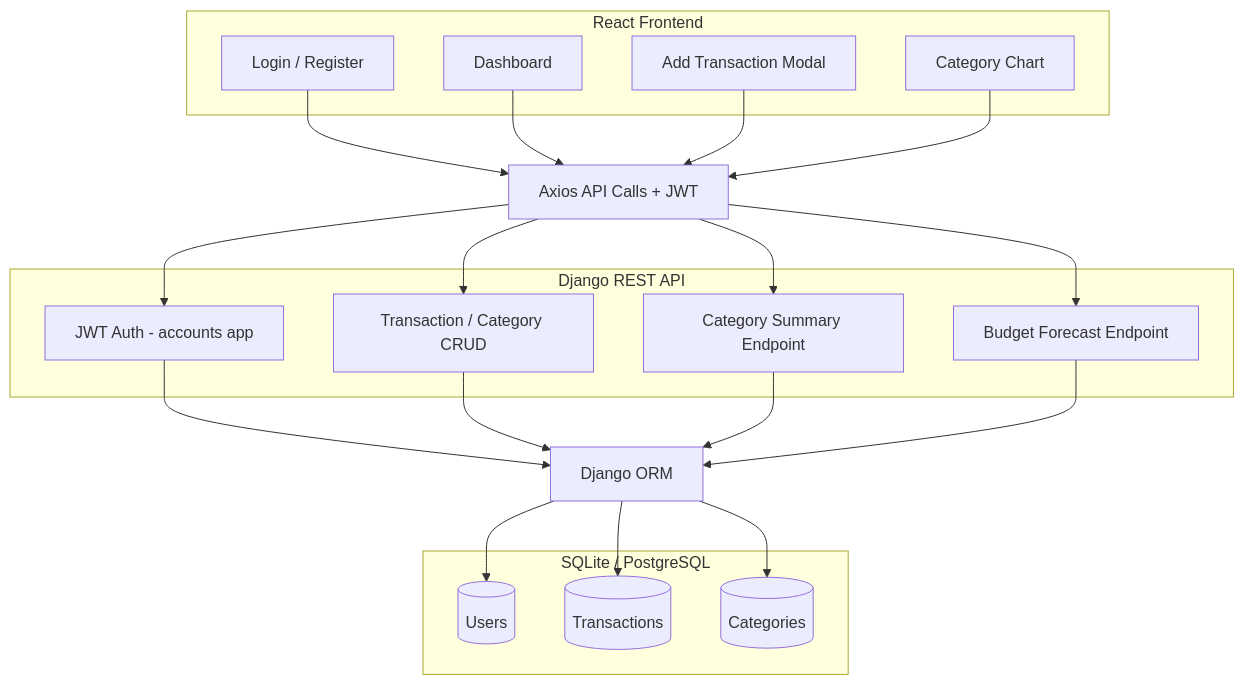
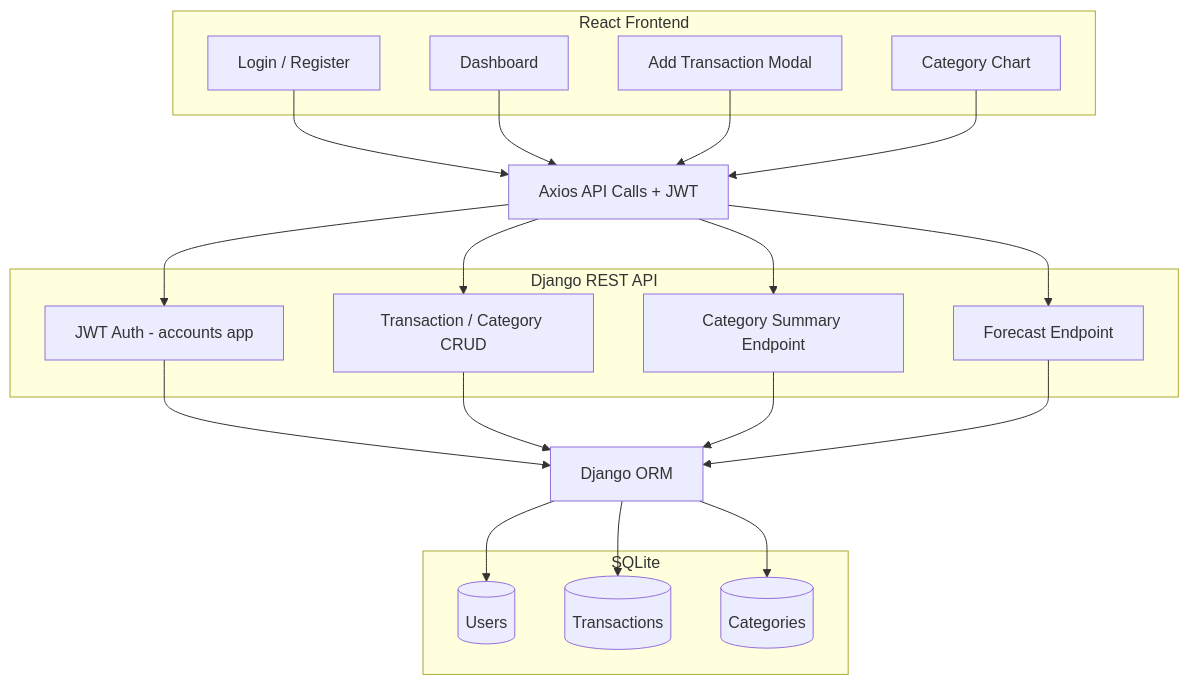
The diagram in README.md (IshitaSajeev/Spendara), drawn with Mermaid before and after one commit. The commit also changed other lines of this file and 1 other file, not shown here.

````diff
--- a/README.md
+++ b/README.md
@@ -58,46 +60,46 @@
 ```mermaid
 flowchart TD
 
     subgraph Frontend["React Frontend"]
         A[Dashboard]
         B[Add Transaction Modal]
         C[Category Chart]
         L[Login / Register]
     end
 
     D[Axios API Calls + JWT]
 
     subgraph Backend["Django REST API"]
         E[JWT Auth - accounts app]
         F[Transaction / Category CRUD]
         G[Category Summary Endpoint]
-        M[Budget Forecast Endpoint]
+        M[Forecast Endpoint]
     end
 
     H[Django ORM]
 
-    subgraph Database["SQLite / PostgreSQL"]
+    subgraph Database["SQLite"]
         I[(Users)]
         J[(Transactions)]
         K[(Categories)]
     end
 
     L --> D
     A --> D
     B --> D
     C --> D
 
     D --> E
     D --> F
     D --> G
     D --> M
 
     E --> H
     F --> H
     G --> H
     M --> H
 
     H --> I
     H --> J
     H --> K
 ```
````
